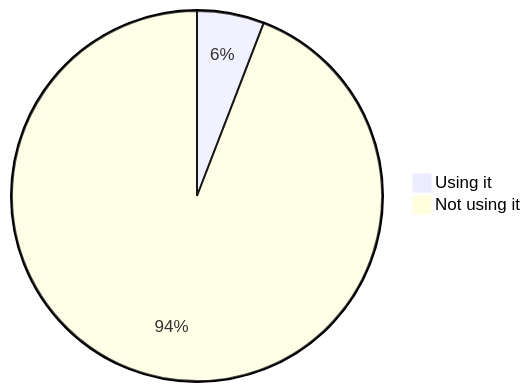
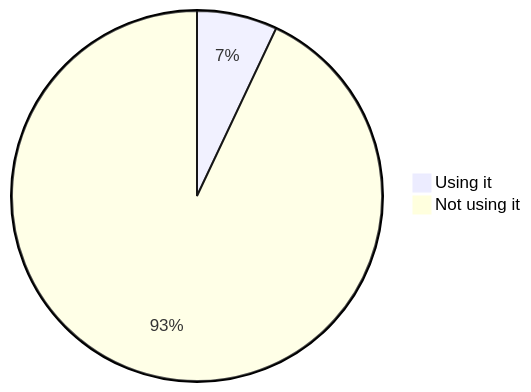
Before and after one commit to oshp/oshp-stats: diagram 11 of 22 in stats.md, drawn with Mermaid. The commit also changed other lines of this file, not shown here.

````diff
--- a/stats.md
+++ b/stats.md
@@ -130,6 +130,6 @@
 ```mermaid
 pie
-	"Using it" : 5.86
-	"Not using it" : 94.14
+	"Using it" : 7.02
+	"Not using it" : 92.98
 
 ```
````
